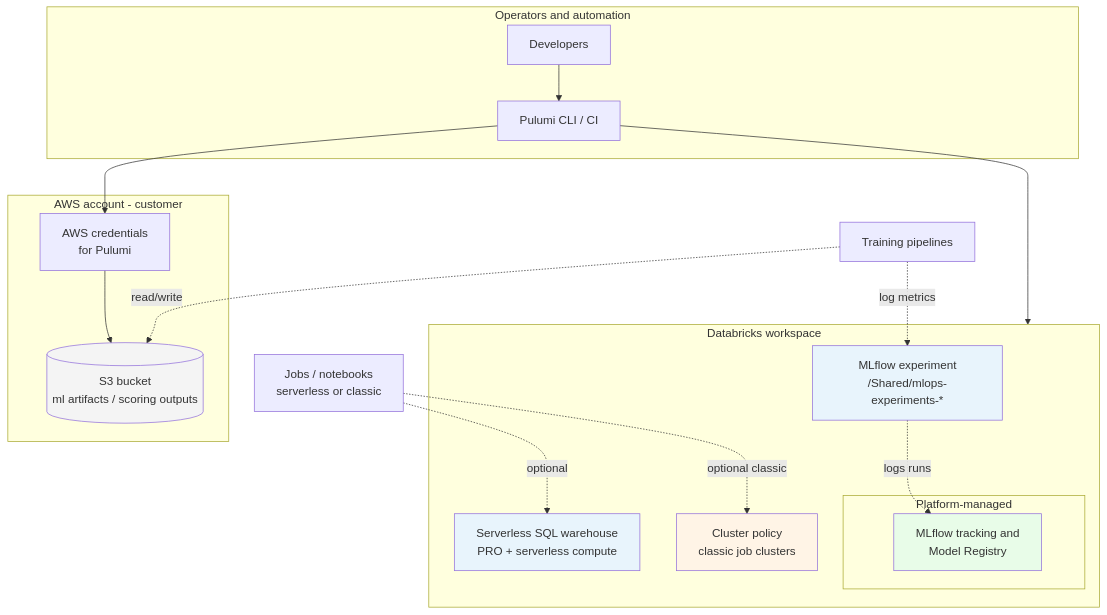
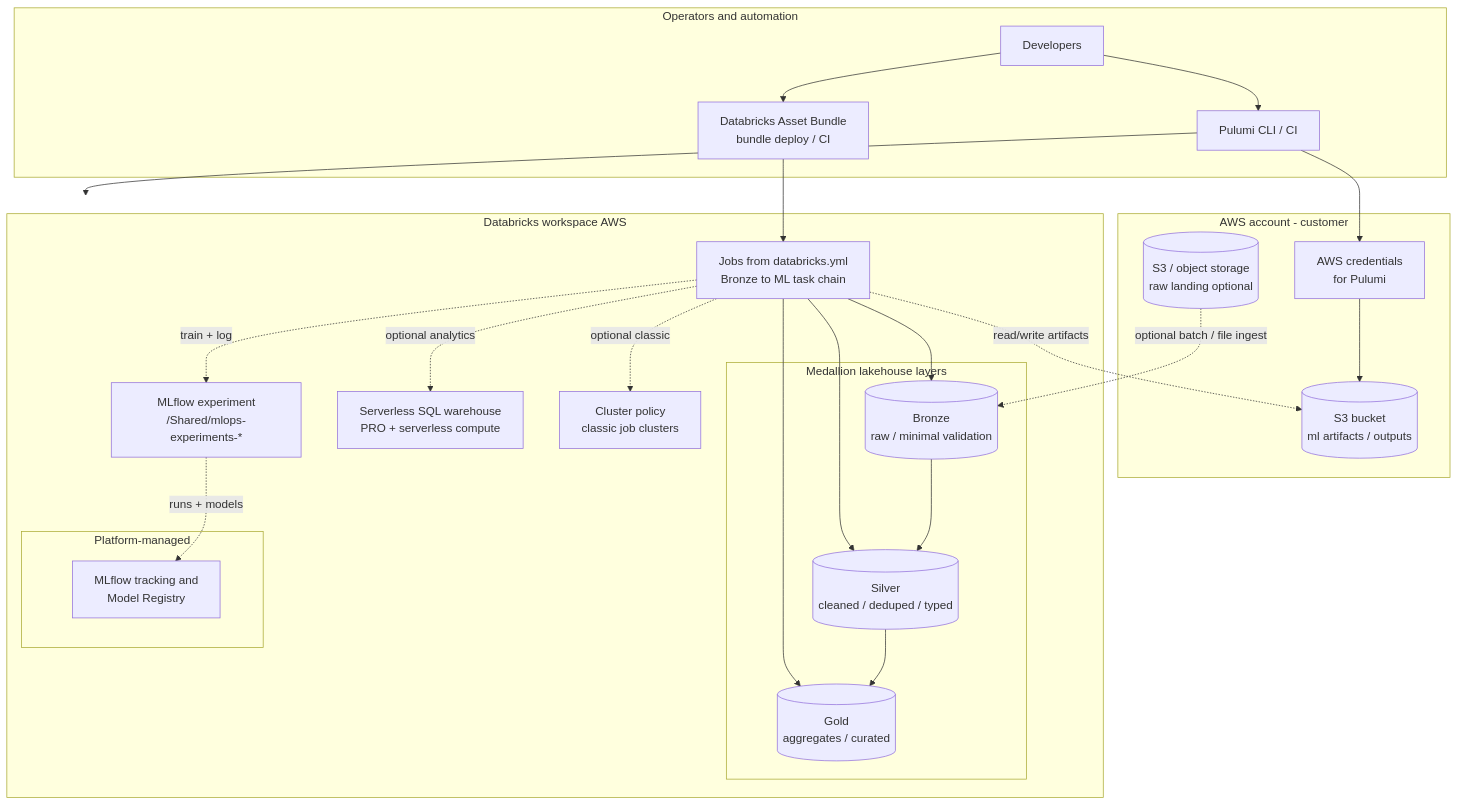
Before and after one commit to yicheung/Databricks: the diagram in README.md, drawn with Mermaid. The commit also changed other lines of this file and 15 other files, not shown here.

First line of the commit message:
Add medallion Bronze→Silver→Gold templates and Databricks bundle

````diff
--- a/README.md
+++ b/README.md
@@ -11,38 +28,49 @@
 ```mermaid
 flowchart TB
   subgraph operators [Operators and automation]
     Dev[Developers]
     PulumiCLI[Pulumi CLI / CI]
+    DAB[Databricks Asset Bundle\nbundle deploy / CI]
   end
 
   subgraph aws [AWS account - customer]
-    S3[(S3 bucket\nml artifacts / scoring outputs)]
+    S3Landing[(S3 / object storage\nraw landing optional)]
+    S3Artifacts[(S3 bucket\nml artifacts / outputs)]
     IAM[AWS credentials\nfor Pulumi]
   end
 
-  subgraph databricks [Databricks workspace]
+  subgraph databricks [Databricks workspace AWS]
+    subgraph medallion [Medallion lakehouse layers]
+      Bronze[(Bronze\nraw / minimal validation)]
+      Silver[(Silver\ncleaned / deduped / typed)]
+      Gold[(Gold\naggregates / curated)]
+      Bronze --> Silver --> Gold
+    end
+
     subgraph managed [Platform-managed]
       MLflowReg[MLflow tracking and\nModel Registry]
     end
+
     Exp[MLflow experiment\n/Shared/mlops-experiments-*]
     SQLW[Serverless SQL warehouse\nPRO + serverless compute]
     Policy[Cluster policy\nclassic job clusters]
+    Jobs[Jobs from databricks.yml\nBronze to ML task chain]
   end
 
   Dev --> PulumiCLI
+  Dev --> DAB
   PulumiCLI --> IAM
-  IAM --> S3
+  IAM --> S3Artifacts
   PulumiCLI --> databricks
 
-  Exp -.->|logs runs| MLflowReg
-  Jobs[Jobs / notebooks\nserverless or classic] -.->|optional| SQLW
+  S3Landing -.->|optional batch / file ingest| Bronze
+  DAB --> Jobs
+  Jobs --> Bronze
+  Jobs --> Silver
+  Jobs --> Gold
+  Jobs -.->|train + log| Exp
+  Exp -.->|runs + models| MLflowReg
+  Jobs -.->|read/write artifacts| S3Artifacts
+  Jobs -.->|optional analytics| SQLW
   Jobs -.->|optional classic| Policy
-  Train[Training pipelines] -.->|read/write| S3
-  Train -.->|log metrics| Exp
-
-  style S3 fill:#f4f4f4
-  style Exp fill:#e8f4fc
-  style SQLW fill:#e8f4fc
-  style Policy fill:#fff4e6
-  style MLflowReg fill:#e8fce8
 ```
````
